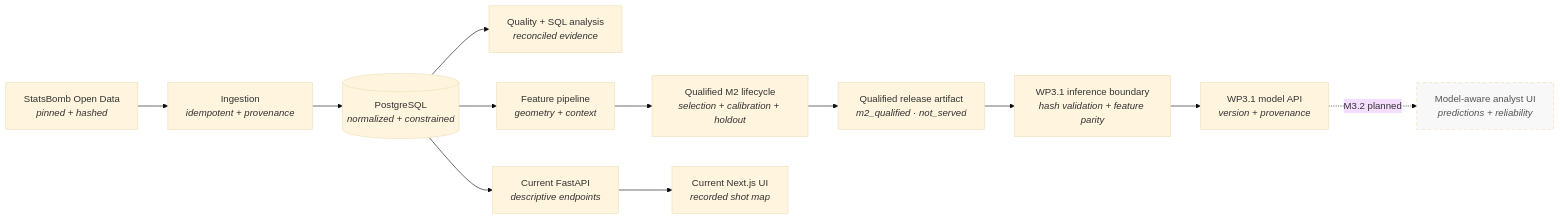
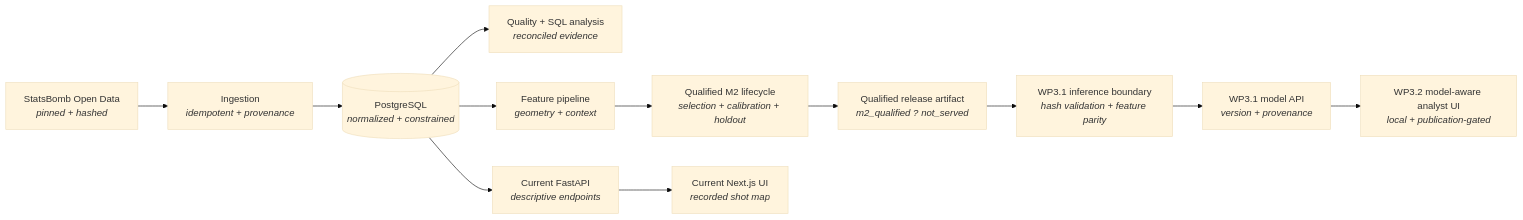
The diagram in README.md (utkuvibing/touchline-intelligence), drawn with Mermaid (base theme) before and after one commit. The commit also changed other lines of this file and 24 other files, not shown here.

````diff
--- a/README.md
+++ b/README.md
@@ -151,20 +153,17 @@
 ```mermaid
 flowchart LR
     SB["StatsBomb Open Data<br/><i>pinned + hashed</i>"] --> ING["Ingestion<br/><i>idempotent + provenance</i>"]
     ING --> PG[("PostgreSQL<br/><i>normalized + constrained</i>")]
 
     PG --> QA["Quality + SQL analysis<br/><i>reconciled evidence</i>"]
     PG --> FEAT["Feature pipeline<br/><i>geometry + context</i>"]
     FEAT --> LIFE["Qualified M2 lifecycle<br/><i>selection + calibration + holdout</i>"]
-    LIFE --> ART["Qualified release artifact<br/><i>m2_qualified · not_served</i>"]
+    LIFE --> ART["Qualified release artifact<br/><i>m2_qualified ? not_served</i>"]
 
     PG --> API["Current FastAPI<br/><i>descriptive endpoints</i>"]
     API --> WEB["Current Next.js UI<br/><i>recorded shot map</i>"]
 
     ART --> INF["WP3.1 inference boundary<br/><i>hash validation + feature parity</i>"]
     INF --> PAPI["WP3.1 model API<br/><i>version + provenance</i>"]
-    PAPI -.->|M3.2 planned| MWEB["Model-aware analyst UI<br/><i>predictions + reliability</i>"]
-
-    classDef planned stroke-dasharray: 6 4,fill:#f8f8f8,color:#555;
-    class MWEB planned;
+    PAPI --> MWEB["WP3.2 model-aware analyst UI<br/><i>local + publication-gated</i>"]
 ```
````
